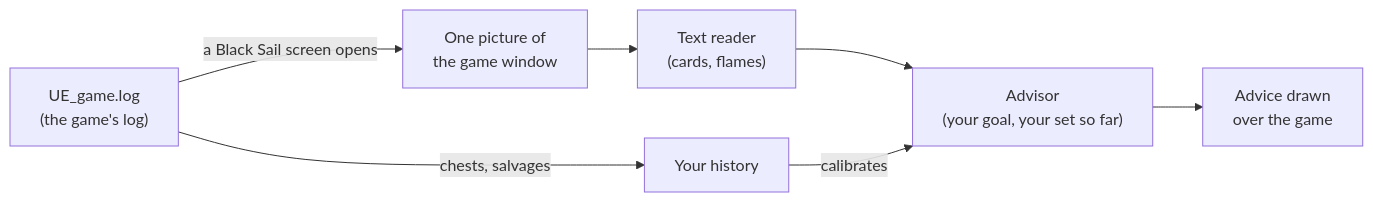
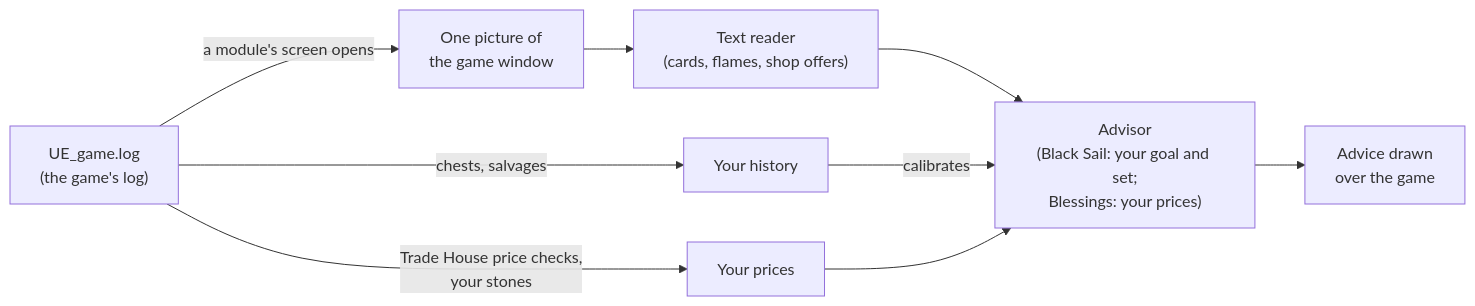
Before and after one commit to danthespal/tli-overlay: the diagram in README.md, drawn with Mermaid. The commit also changed other lines of this file and 39 other files, not shown here.

````diff
--- a/README.md
+++ b/README.md
@@ -120,9 +181,11 @@
 ```mermaid
 flowchart LR
-    A["UE_game.log<br/>(the game's log)"] -->|a Black Sail screen opens| B["One picture of<br/>the game window"]
-    B --> C["Text reader<br/>(cards, flames)"]
-    C --> D["Advisor<br/>(your goal, your set so far)"]
+    A["UE_game.log<br/>(the game's log)"] -->|a module's screen opens| B["One picture of<br/>the game window"]
+    B --> C["Text reader<br/>(cards, flames, shop offers)"]
+    C --> D["Advisor<br/>(Black Sail: your goal and set;<br/>Blessings: your prices)"]
     D --> E["Advice drawn<br/>over the game"]
     A -->|chests, salvages| F["Your history"]
     F -->|calibrates| D
+    A -->|Trade House price checks,<br/>your stones| G["Your prices"]
+    G --> D
 ```
````
